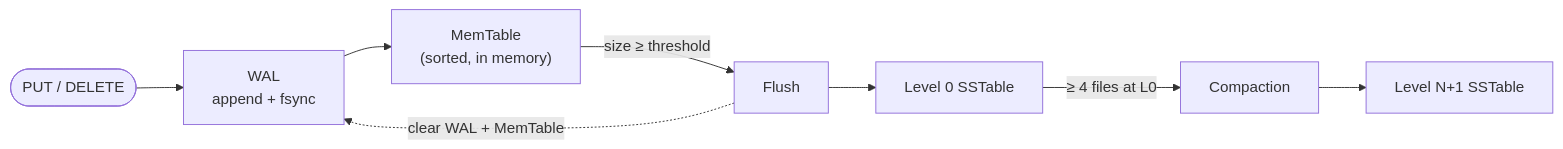
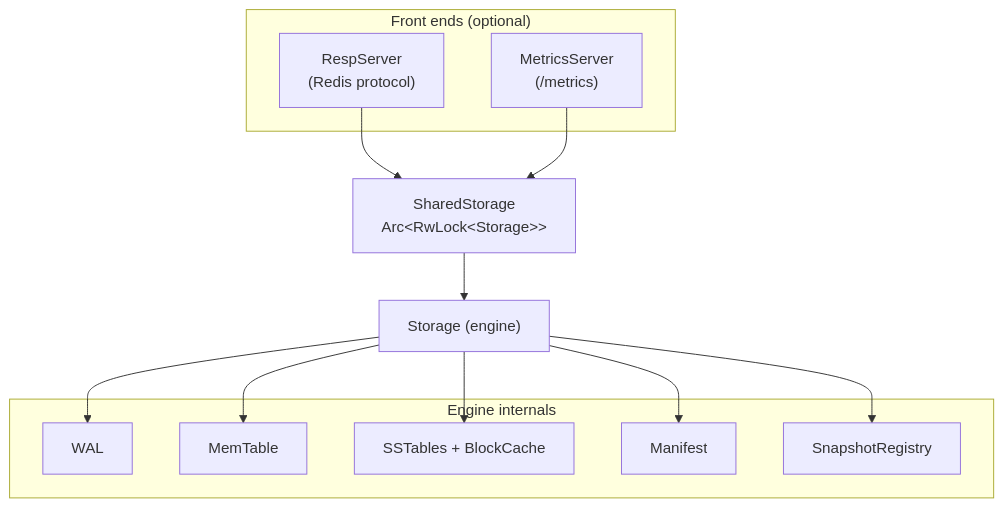
One commit to zvdy/lsm-rust changed the diagram in README.md. Above: the diagram before and after it, drawn with Mermaid. The commit also changed other lines of this file and 3 other files, not shown here.

````diff
--- a/README.md
+++ b/README.md
@@ -65,10 +38,20 @@
 ```mermaid
-flowchart LR
-    W([PUT / DELETE]) --> WAL["WAL<br/>append + fsync"]
-    WAL --> MT["MemTable<br/>(sorted, in memory)"]
-    MT -- "size ≥ threshold" --> FL["Flush"]
-    FL --> L0["Level 0 SSTable"]
-    L0 -- "≥ 4 files at L0" --> CP["Compaction"]
-    CP --> LN["Level N+1 SSTable"]
-    FL -. "clear WAL + MemTable" .-> WAL
+flowchart TB
+    subgraph frontends["Front ends (optional)"]
+        RESP["RespServer<br/>(Redis protocol)"]
+        MET["MetricsServer<br/>(/metrics)"]
+    end
+    SH["SharedStorage<br/>Arc&lt;RwLock&lt;Storage&gt;&gt;"]
+    ST["Storage (engine)"]
+    subgraph engine["Engine internals"]
+        WAL["WAL"]
+        MT["MemTable"]
+        SST["SSTables + BlockCache"]
+        MAN["Manifest"]
+        SR["SnapshotRegistry"]
+    end
+    RESP --> SH
+    MET --> SH
+    SH --> ST
+    ST --> WAL & MT & SST & MAN & SR
 ```
````
